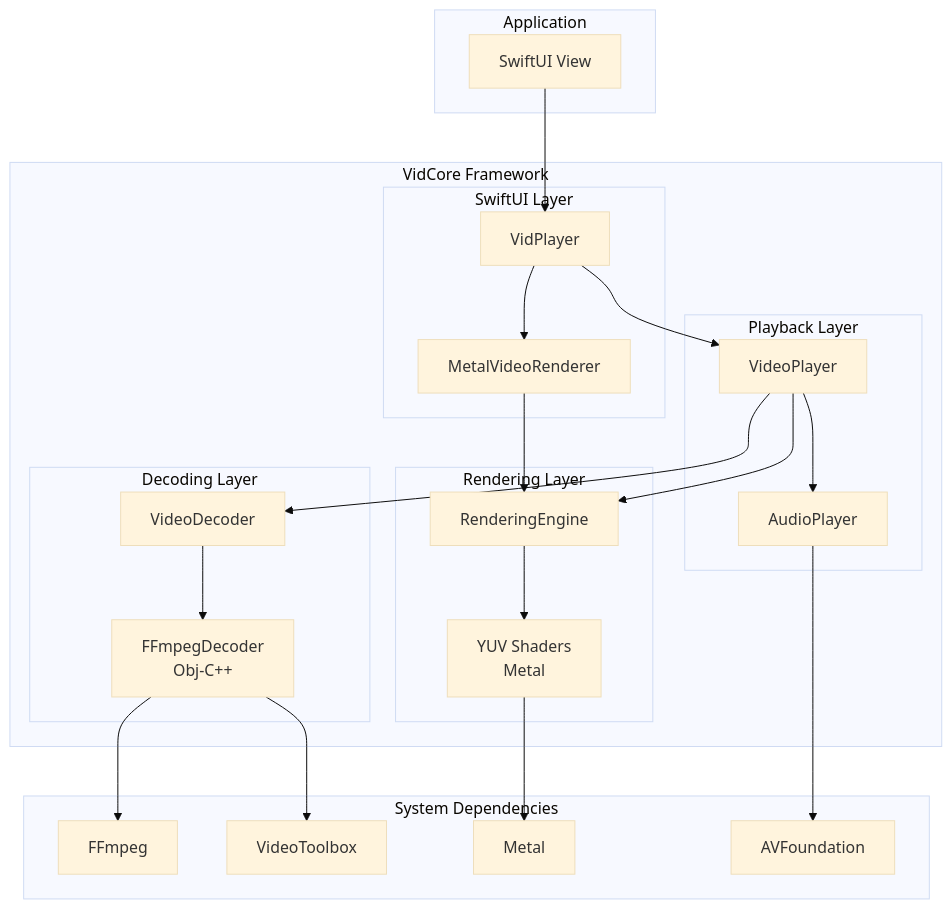
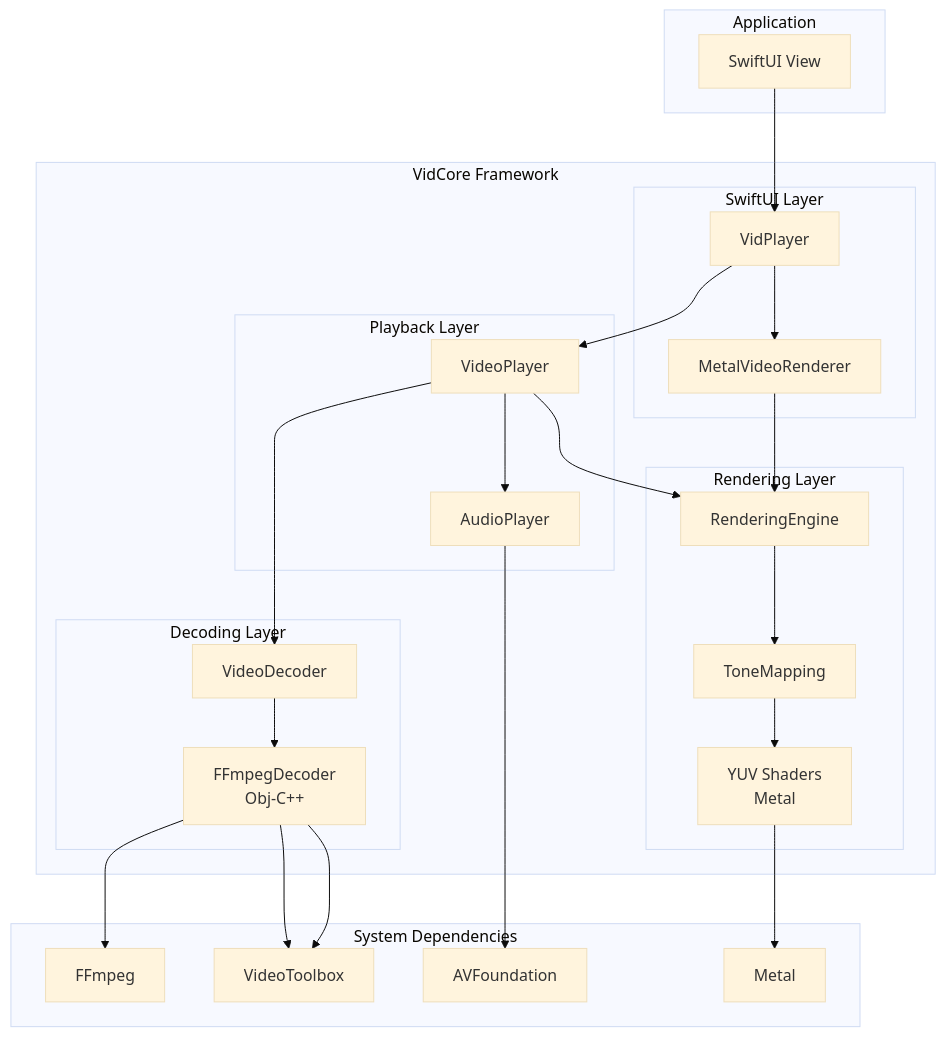
One commit to ptaru/VidCore changed the diagram in README.md. Above: the diagram before and after it, drawn with Mermaid (base theme). The commit also changed other lines of this file and 6 other files, not shown here.

````diff
--- a/README.md
+++ b/README.md
@@ -650,53 +652,57 @@
 ```mermaid
 graph TD
     subgraph App [Application]
         UI[SwiftUI View]
     end
 
     subgraph VidCore [VidCore Framework]
         subgraph SwiftUI [SwiftUI Layer]
             VPV[VidPlayer]
             MVR[MetalVideoRenderer]
         end
 
         subgraph Playback [Playback Layer]
             VP[VideoPlayer]
             AP[AudioPlayer]
         end
 
         subgraph Decoding [Decoding Layer]
             VD[VideoDecoder]
             FD[FFmpegDecoder<br/>Obj-C++]
         end
 
         subgraph Rendering [Rendering Layer]
             RE[RenderingEngine]
+            TM[ToneMapping]
             YS[YUV Shaders<br/>Metal]
         end
     end
 
     subgraph System [System Dependencies]
         FF[FFmpeg]
         VT[VideoToolbox]
         MTL[Metal]
         AV[AVFoundation]
     end
 
     UI --> VPV
     VPV --> VP
     VPV --> MVR
     MVR --> RE
 
     VP --> VD
     VP --> AP
     VP --> RE
 
     VD --> FD
     FD --> FF
     FD --> VT
 
-    RE --> YS
+    FD --> VT
+    
+    RE --> TM
+    TM --> YS
     YS --> MTL
 
     AP --> AV
 ```
````
